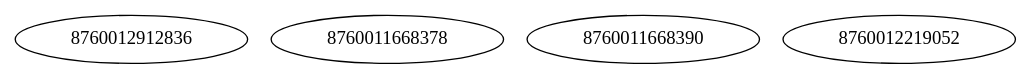
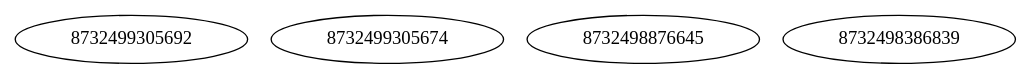
Before and after one commit to newnativeabq/cotyl-demo-timesheetdapp: the diagram in viz.dot, drawn with Graphviz. The commit also changed 6 other files, not shown here.

```diff
--- a/viz.dot
+++ b/viz.dot
@@ -1,6 +1,6 @@
 digraph  {
-8760012912836;
-8760011668378;
-8760011668390;
-8760012219052;
+8732499305692;
+8732499305674;
+8732498876645;
+8732498386839;
 }
```
